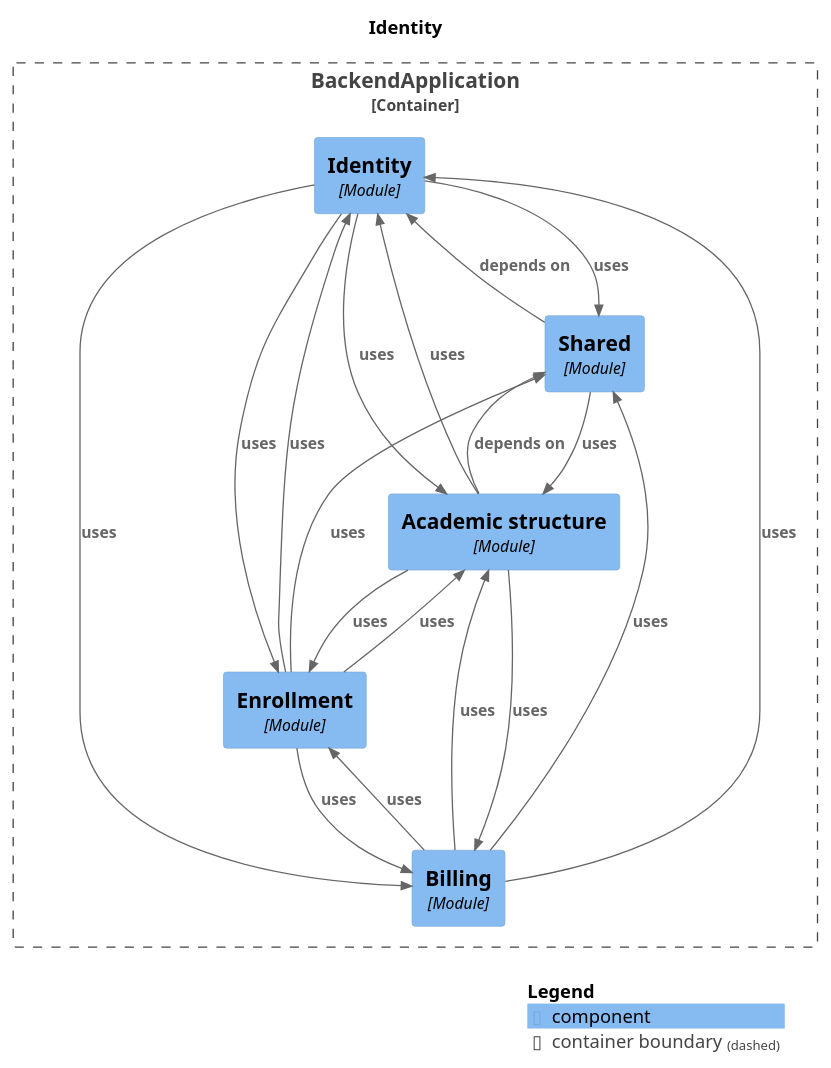
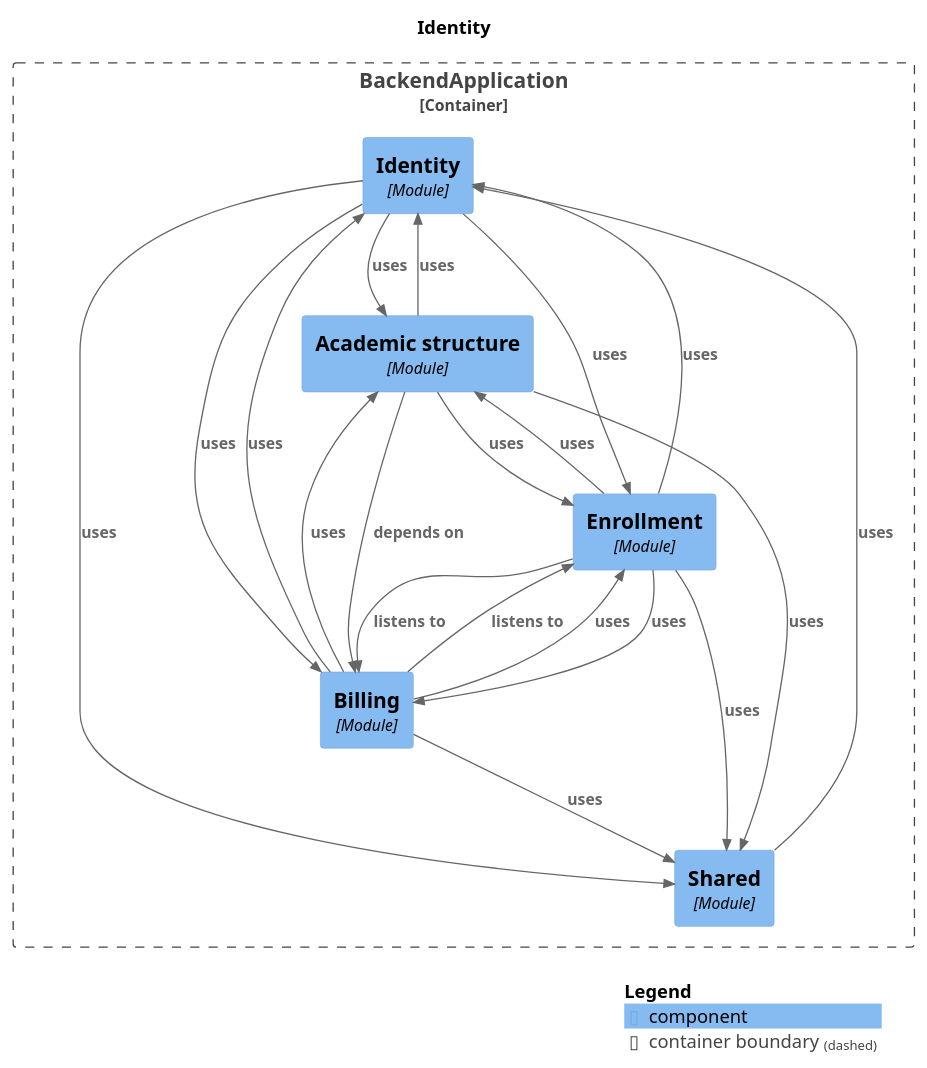
Before and after one commit to Gabriel030/agustina-bermejo-app: the diagram in docs/architecture/module-identity.puml, drawn with PlantUML. The commit also changed 21 other files, not shown here.

Commit message:
docs(architecture): regenera diagramas Modulith (M3a, billing v2) y corrige comando en README

```diff
--- a/docs/architecture/module-identity.puml
+++ b/docs/architecture/module-identity.puml
@@ -1,39 +1,40 @@
 @startuml
 set separator none
 title Identity
 
 top to bottom direction
 
 !include <C4/C4>
 !include <C4/C4_Context>
 !include <C4/C4_Component>
 
 Container_Boundary("BackendApplication.BackendApplication_boundary", "BackendApplication", $tags="") {
   Component(BackendApplication.BackendApplication.Identity, "Identity", $techn="Module", $descr="", $tags="", $link="")
   Component(BackendApplication.BackendApplication.Shared, "Shared", $techn="Module", $descr="", $tags="", $link="")
   Component(BackendApplication.BackendApplication.Academicstructure, "Academic structure", $techn="Module", $descr="", $tags="", $link="")
   Component(BackendApplication.BackendApplication.Billing, "Billing", $techn="Module", $descr="", $tags="", $link="")
   Component(BackendApplication.BackendApplication.Enrollment, "Enrollment", $techn="Module", $descr="", $tags="", $link="")
 }
 
-Rel(BackendApplication.BackendApplication.Academicstructure, BackendApplication.BackendApplication.Billing, "uses", $techn="", $tags="", $link="")
+Rel(BackendApplication.BackendApplication.Academicstructure, BackendApplication.BackendApplication.Billing, "depends on", $techn="", $tags="", $link="")
 Rel(BackendApplication.BackendApplication.Academicstructure, BackendApplication.BackendApplication.Enrollment, "uses", $techn="", $tags="", $link="")
 Rel(BackendApplication.BackendApplication.Academicstructure, BackendApplication.BackendApplication.Identity, "uses", $techn="", $tags="", $link="")
-Rel(BackendApplication.BackendApplication.Academicstructure, BackendApplication.BackendApplication.Shared, "depends on", $techn="", $tags="", $link="")
+Rel(BackendApplication.BackendApplication.Academicstructure, BackendApplication.BackendApplication.Shared, "uses", $techn="", $tags="", $link="")
 Rel(BackendApplication.BackendApplication.Billing, BackendApplication.BackendApplication.Academicstructure, "uses", $techn="", $tags="", $link="")
+Rel(BackendApplication.BackendApplication.Billing, BackendApplication.BackendApplication.Enrollment, "listens to", $techn="", $tags="", $link="")
 Rel(BackendApplication.BackendApplication.Billing, BackendApplication.BackendApplication.Enrollment, "uses", $techn="", $tags="", $link="")
 Rel(BackendApplication.BackendApplication.Billing, BackendApplication.BackendApplication.Identity, "uses", $techn="", $tags="", $link="")
 Rel(BackendApplication.BackendApplication.Billing, BackendApplication.BackendApplication.Shared, "uses", $techn="", $tags="", $link="")
 Rel(BackendApplication.BackendApplication.Enrollment, BackendApplication.BackendApplication.Academicstructure, "uses", $techn="", $tags="", $link="")
+Rel(BackendApplication.BackendApplication.Enrollment, BackendApplication.BackendApplication.Billing, "listens to", $techn="", $tags="", $link="")
 Rel(BackendApplication.BackendApplication.Enrollment, BackendApplication.BackendApplication.Billing, "uses", $techn="", $tags="", $link="")
 Rel(BackendApplication.BackendApplication.Enrollment, BackendApplication.BackendApplication.Identity, "uses", $techn="", $tags="", $link="")
 Rel(BackendApplication.BackendApplication.Enrollment, BackendApplication.BackendApplication.Shared, "uses", $techn="", $tags="", $link="")
 Rel(BackendApplication.BackendApplication.Identity, BackendApplication.BackendApplication.Academicstructure, "uses", $techn="", $tags="", $link="")
 Rel(BackendApplication.BackendApplication.Identity, BackendApplication.BackendApplication.Billing, "uses", $techn="", $tags="", $link="")
 Rel(BackendApplication.BackendApplication.Identity, BackendApplication.BackendApplication.Enrollment, "uses", $techn="", $tags="", $link="")
 Rel(BackendApplication.BackendApplication.Identity, BackendApplication.BackendApplication.Shared, "uses", $techn="", $tags="", $link="")
-Rel(BackendApplication.BackendApplication.Shared, BackendApplication.BackendApplication.Academicstructure, "uses", $techn="", $tags="", $link="")
-Rel(BackendApplication.BackendApplication.Shared, BackendApplication.BackendApplication.Identity, "depends on", $techn="", $tags="", $link="")
+Rel(BackendApplication.BackendApplication.Shared, BackendApplication.BackendApplication.Identity, "uses", $techn="", $tags="", $link="")
 
 SHOW_LEGEND(true)
 @enduml
```
